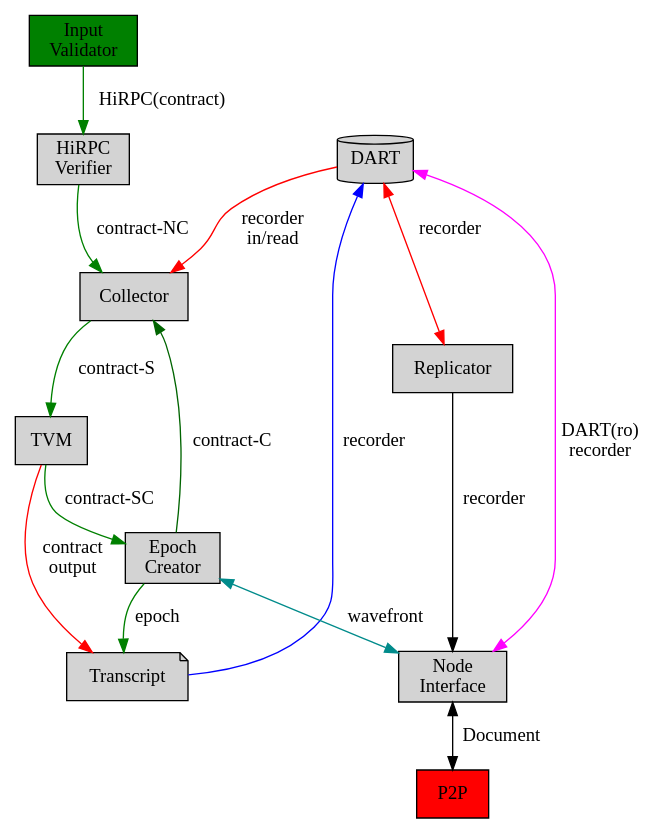
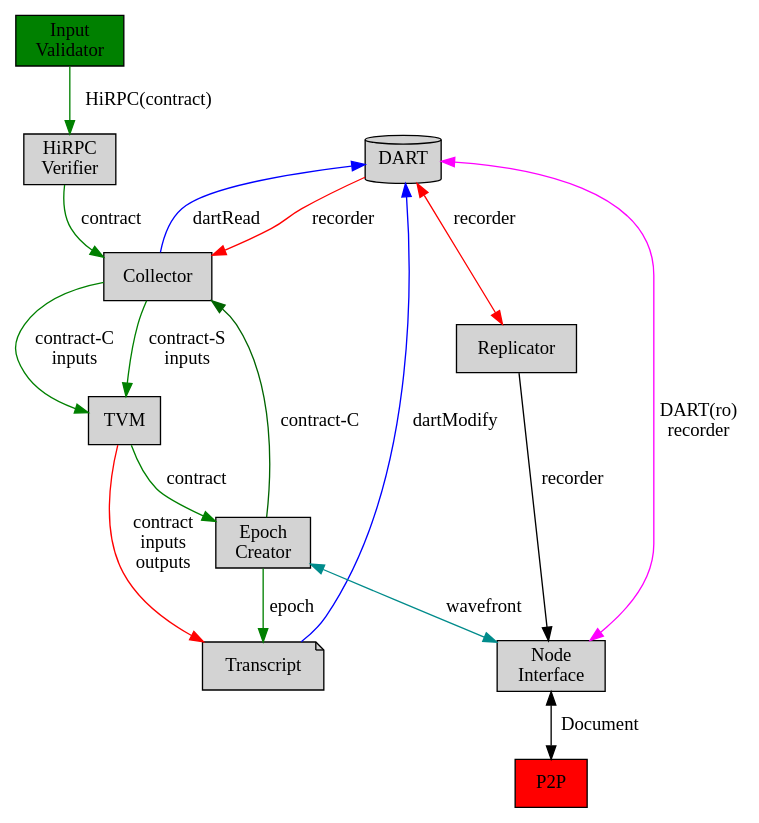
The first of 2 diagrams in documents/architecture/Network_Architecture.md (tagion/tagion), drawn with Graphviz before and after one commit. The commit also changed 7 other files, not shown here.

Commit message:
ADD: tagion.services.TVM, collector, messages, transcript

````diff
--- a/documents/architecture/Network_Architecture.md
+++ b/documents/architecture/Network_Architecture.md
@@ -31,33 +31,35 @@
 ```graphviz
 digraph Message_flow {
   compound=true;
   labelangle=35;
   node [style=filled]
   node [ shape = "rect"];
   DART [href="#/documents/architecture/DART.md" shape = cylinder];
   Input [href="#/documents/architecture/InputValidator.md" label="Input\nValidator" style=filled fillcolor=green ]
   P2P [ style=filled fillcolor=red]
   HiRPCVerifier [href="#/documents/architecture/HiRPCVerifier.md"  label="HiRPC\nVerifier"]
   NodeInterface [href="#/documents/architecture/NodeInterface.md"  label="Node\nInterface"]
   Transcript [href="#/documents/architecture/Transcript.md" shape = note]
   EpochCreator [href="#/documents/architecture/EpochCreator.md" label="Epoch\nCreator"]
   TVM [href="#/documents/architecture/TVM.md"]
   Collector [href="#/documents/architecture/Collector.md"]
   Replicator [href="#/documents/architecture/Replicator.md"]
 
   Input -> HiRPCVerifier [label="HiRPC(contract)" color=green];
-  HiRPCVerifier -> Collector [label="contract-NC" color=green];
-  Collector -> TVM [label="contract-S" color=green];
+  HiRPCVerifier -> Collector [label="contract" color=green];
+  Collector -> DART [label=dartRead color=blue]
+  Collector -> TVM [label="contract-S\ninputs" color=green];
+  Collector -> TVM [label="contract-C\ninputs" color=green];
   EpochCreator -> Collector [label="contract-C" color=darkgreen];
   EpochCreator -> Transcript [label=epoch color=green];
-  TVM -> Transcript [label="contract\noutput" color=red];
-  TVM -> EpochCreator [label="contract-SC" color=green];
+  TVM -> Transcript [label="contract\ninputs\noutputs" color=red];
+  TVM -> EpochCreator [label="contract" color=green];
   DART -> Replicator [label=recorder color=red dir=both];
   DART -> NodeInterface [label="DART(ro)\nrecorder" dir=both color=magenta];
   NodeInterface -> P2P [label=Document dir=both];
-  DART -> Collector [label="recorder\nin/read" color=red];
+  DART -> Collector [label="recorder" color=red];
   EpochCreator -> NodeInterface [label=wavefront dir=both color=cyan4];
-  Transcript -> DART [label=recorder color=blue];
+  Transcript -> DART [label=dartModify color=blue];
   Replicator -> NodeInterface [label=recorder];
 }
 ```
````
